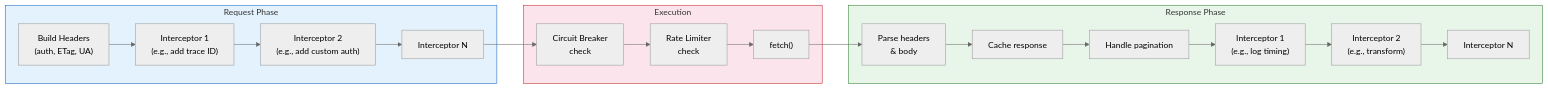
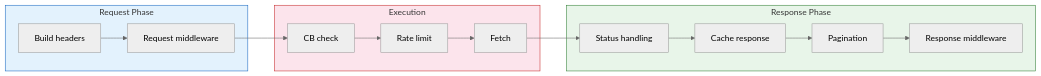
One commit to lgriffin/ESI.ts changed diagram 12 of 18 in media/ARCHITECTURE.md. Above: the diagram before and after it, drawn with Mermaid (neutral theme). The commit also changed other lines of this file and 928 other files, not shown here.

````diff
--- a/media/ARCHITECTURE.md
+++ b/media/ARCHITECTURE.md
@@ -432,33 +664,28 @@
 ```mermaid
-graph LR
-    subgraph Request["Request Phase"]
-        R1["Build Headers<br/>(auth, ETag, UA)"]
-        R2["Interceptor 1<br/>(e.g., add trace ID)"]
-        R3["Interceptor 2<br/>(e.g., add custom auth)"]
-        R4["Interceptor N"]
+flowchart LR
+    subgraph Request ["Request Phase"]
+        R1["Build headers"]
+        R2["Request middleware"]
     end
 
-    subgraph Execution["Execution"]
-        CB["Circuit Breaker<br/>check"]
-        RL["Rate Limiter<br/>check"]
-        Fetch["fetch()"]
+    subgraph Execution ["Execution"]
+        CB["CB check"]
+        RL["Rate limit"]
+        Fetch["Fetch"]
     end
 
-    subgraph Response["Response Phase"]
-        Parse["Parse headers<br/>& body"]
+    subgraph Response ["Response Phase"]
+        Status["Status handling"]
         Cache["Cache response"]
-        Paginate["Handle pagination"]
-        I1["Interceptor 1<br/>(e.g., log timing)"]
-        I2["Interceptor 2<br/>(e.g., transform)"]
-        IN["Interceptor N"]
+        Page["Pagination"]
+        Intercept["Response middleware"]
     end
 
-    R1 --> R2 --> R3 --> R4
-    R4 --> CB --> RL --> Fetch
-    Fetch --> Parse --> Cache --> Paginate
-    Paginate --> I1 --> I2 --> IN
+    R1 --> R2
+    R2 --> CB --> RL --> Fetch
+    Fetch --> Status --> Cache --> Page --> Intercept
 
     style Request fill:#e3f2fd,stroke:#1565c0
     style Execution fill:#fce4ec,stroke:#c62828
     style Response fill:#e8f5e9,stroke:#2e7d32
 ```
````
